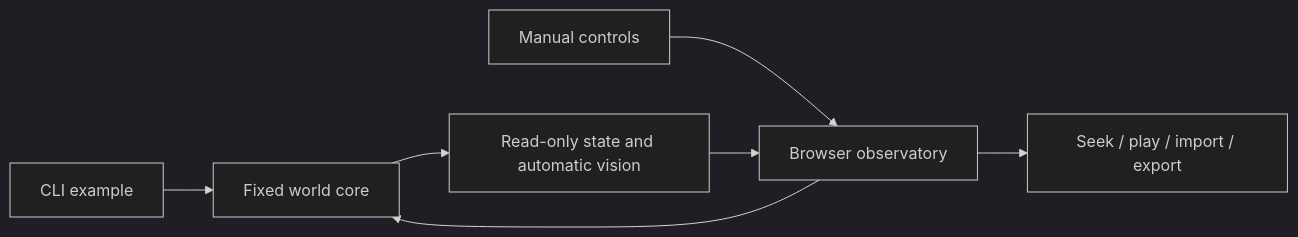
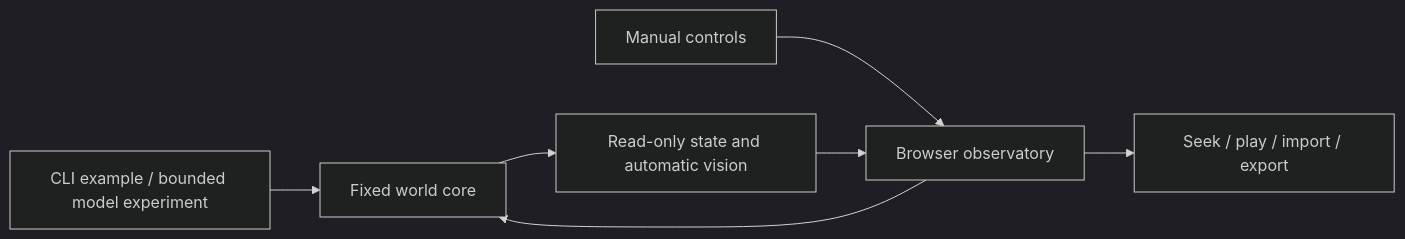
Before and after one commit to YuxiangLiu-lyx/self_evolving_world: the diagram in docs/PROJECT_OVERVIEW.md, drawn with Mermaid (dark theme). The commit also changed other lines of this file and 24 other files, not shown here.

````diff
--- a/docs/PROJECT_OVERVIEW.md
+++ b/docs/PROJECT_OVERVIEW.md
@@ -33,9 +33,9 @@
 ```mermaid
 flowchart LR
-    CLI[CLI example] --> Core[Fixed world core]
+    CLI[CLI example / bounded model experiment] --> Core[Fixed world core]
     Human[Manual controls] --> Viewer[Browser observatory]
     Viewer --> Core
     Core --> Snapshots[Read-only state and automatic vision]
     Snapshots --> Viewer
     Viewer --> Replay[Seek / play / import / export]
 ```
````
